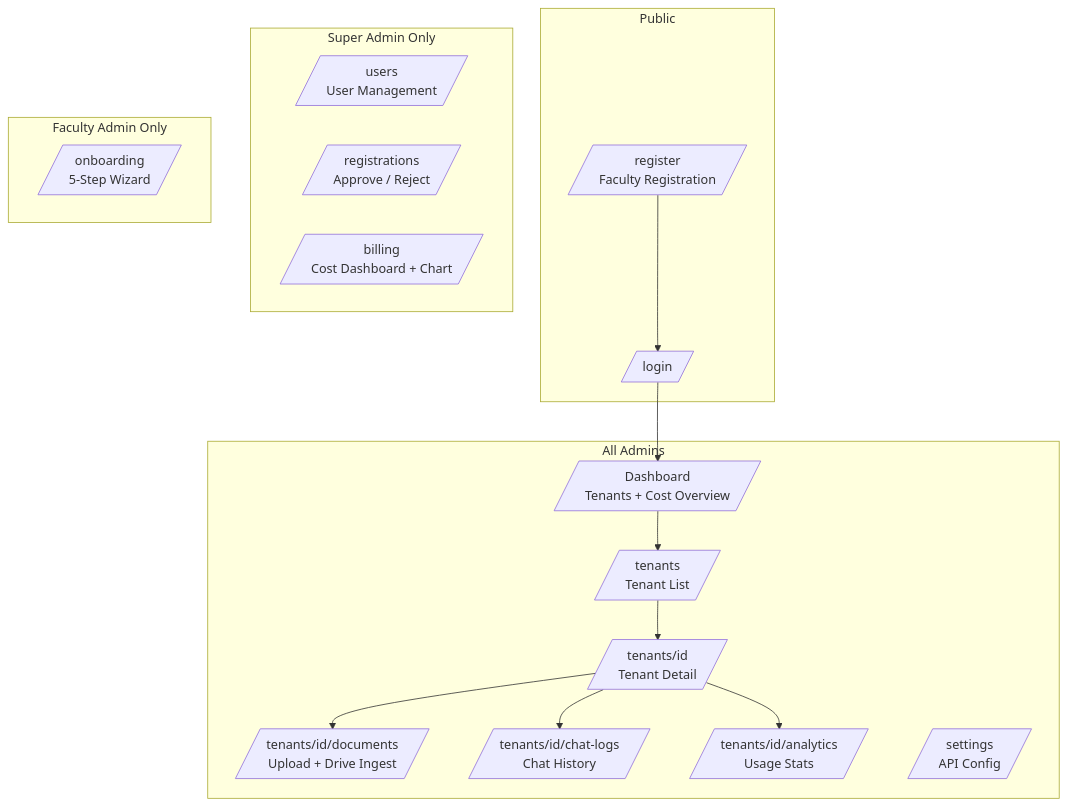
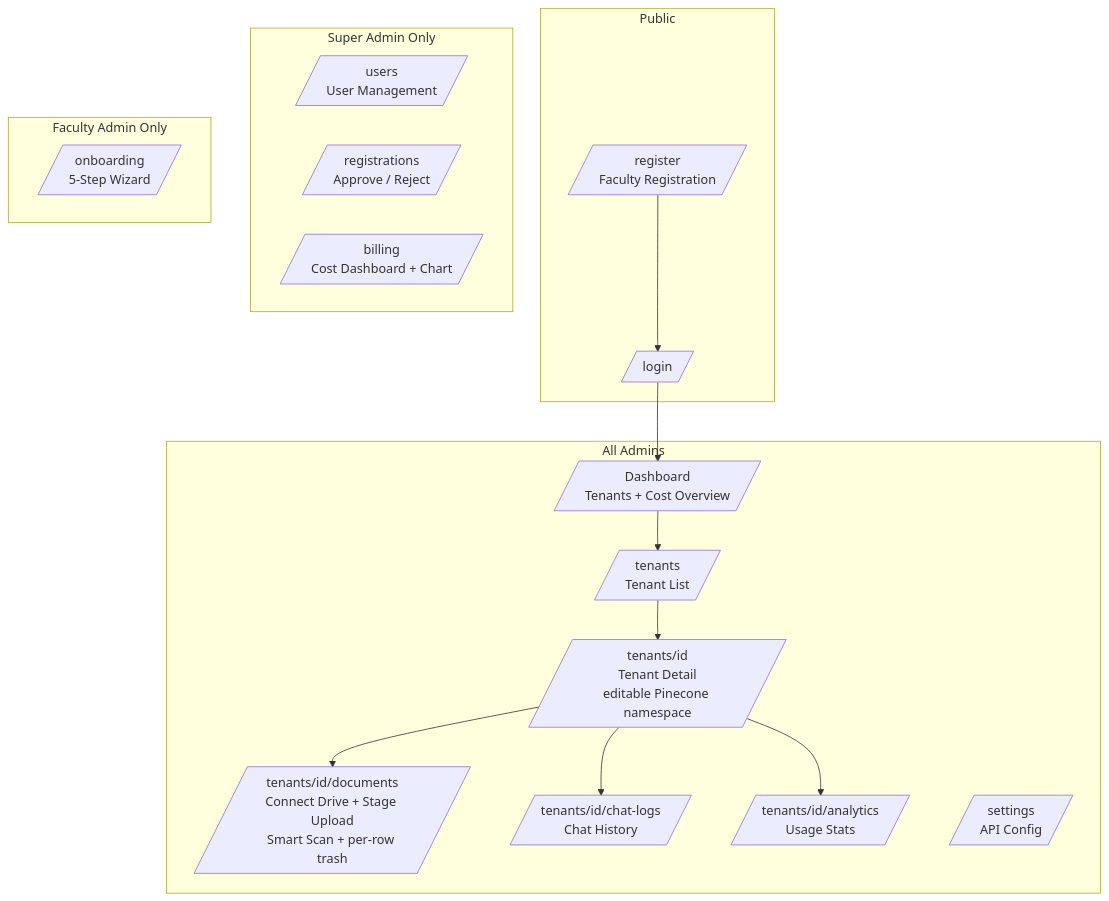
One commit to Kurkool/cutip-rag-chatbot changed the seventh of 10 diagrams in docs/architecture.md. Above: the diagram before and after it, drawn with Mermaid. The commit also changed other lines of this file and 4 other files, not shown here.

````diff
--- a/docs/architecture.md
+++ b/docs/architecture.md
@@ -388,34 +404,34 @@
 ```mermaid
 graph TD
     subgraph "Public"
         REG[/register<br/>Faculty Registration/]
         LOGIN[/login/]
     end
 
     subgraph "All Admins"
         DASH[/ Dashboard<br/>Tenants + Cost Overview/]
         TL[/tenants<br/>Tenant List/]
-        TD[/tenants/id<br/>Tenant Detail/]
-        DOC[/tenants/id/documents<br/>Upload + Drive Ingest/]
+        TD[/tenants/id<br/>Tenant Detail<br/>editable Pinecone namespace/]
+        DOC[/tenants/id/documents<br/>Connect Drive + Stage Upload<br/>Smart Scan + per-row trash/]
         CL[/tenants/id/chat-logs<br/>Chat History/]
         AN[/tenants/id/analytics<br/>Usage Stats/]
         SET[/settings<br/>API Config/]
     end
 
     subgraph "Super Admin Only"
         USR[/users<br/>User Management/]
         REGS[/registrations<br/>Approve / Reject/]
         BILL[/billing<br/>Cost Dashboard + Chart/]
     end
 
     subgraph "Faculty Admin Only"
         ONB[/onboarding<br/>5-Step Wizard/]
     end
 
     LOGIN --> DASH
     REG --> LOGIN
     DASH --> TL --> TD
     TD --> DOC
     TD --> CL
     TD --> AN
 ```
````
